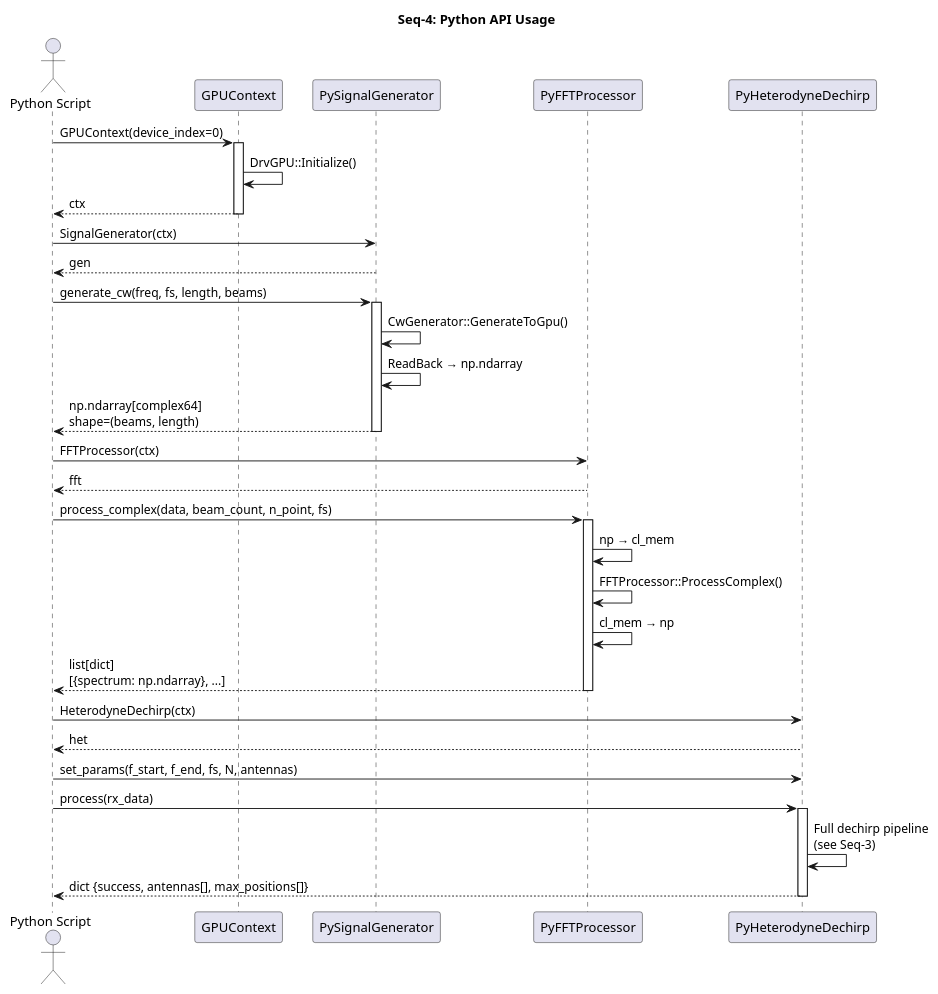
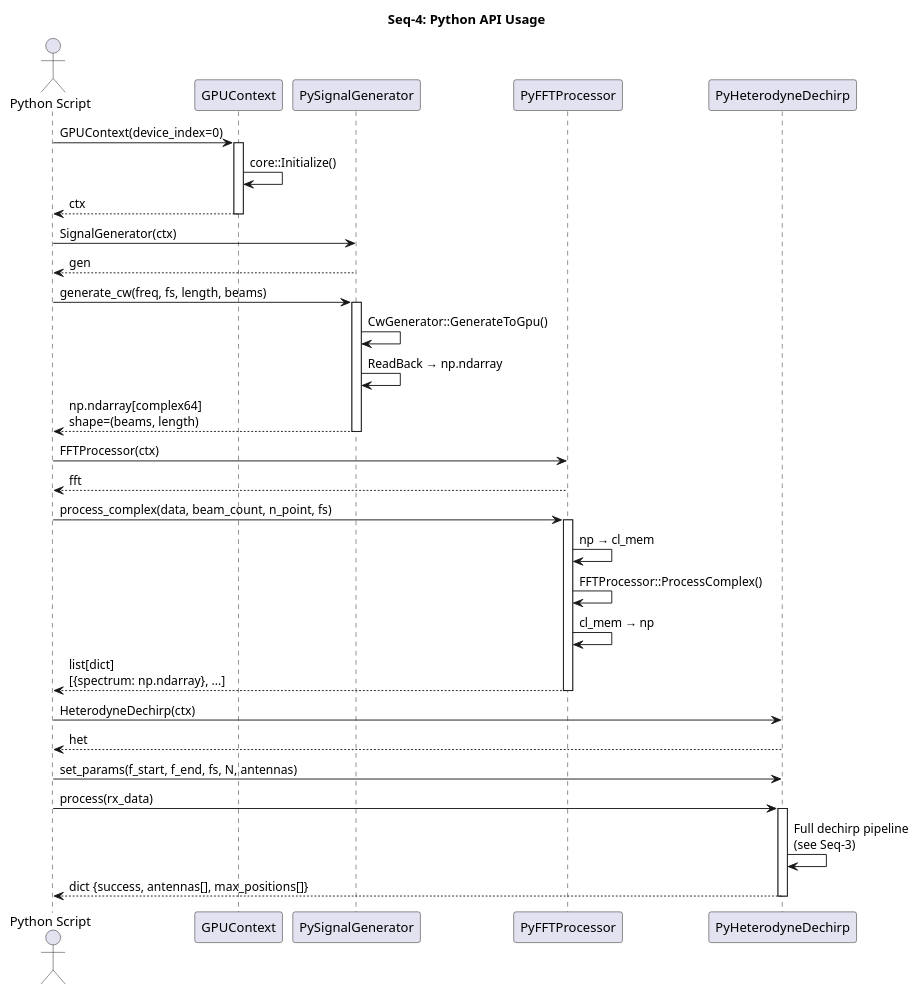
The second of 5 diagrams in Doc/Architecture/Architecture_Seq.md (dsp-gpu/DSP), drawn with PlantUML before and after one commit. The commit also changed other lines of this file and 34 other files, not shown here.

````diff
--- a/Doc/Architecture/Architecture_Seq.md
+++ b/Doc/Architecture/Architecture_Seq.md
@@ -416,50 +416,50 @@
 ```plantuml
 @startuml Seq4_Python
 title Seq-4: Python API Usage
 
 actor "Python Script" as Py
 
 participant "GPUContext" as Ctx
 participant "PySignalGenerator" as SG
 participant "PyFFTProcessor" as FFT
 participant "PyHeterodyneDechirp" as HD
 
 Py -> Ctx: GPUContext(device_index=0)
 activate Ctx
-Ctx -> Ctx: DrvGPU::Initialize()
+Ctx -> Ctx: core::Initialize()
 Ctx --> Py: ctx
 deactivate Ctx
 
 Py -> SG: SignalGenerator(ctx)
 SG --> Py: gen
 
 Py -> SG: generate_cw(freq, fs, length, beams)
 activate SG
 SG -> SG: CwGenerator::GenerateToGpu()
 SG -> SG: ReadBack → np.ndarray
 SG --> Py: np.ndarray[complex64]\nshape=(beams, length)
 deactivate SG
 
 Py -> FFT: FFTProcessor(ctx)
 FFT --> Py: fft
 
 Py -> FFT: process_complex(data, beam_count, n_point, fs)
 activate FFT
 FFT -> FFT: np → cl_mem
 FFT -> FFT: FFTProcessor::ProcessComplex()
 FFT -> FFT: cl_mem → np
 FFT --> Py: list[dict]\n[{spectrum: np.ndarray}, ...]
 deactivate FFT
 
 Py -> HD: HeterodyneDechirp(ctx)
 HD --> Py: het
 
 Py -> HD: set_params(f_start, f_end, fs, N, antennas)
 Py -> HD: process(rx_data)
 activate HD
 HD -> HD: Full dechirp pipeline\n(see Seq-3)
 HD --> Py: dict {success, antennas[], max_positions[]}
 deactivate HD
 
 @enduml
 ```
````
